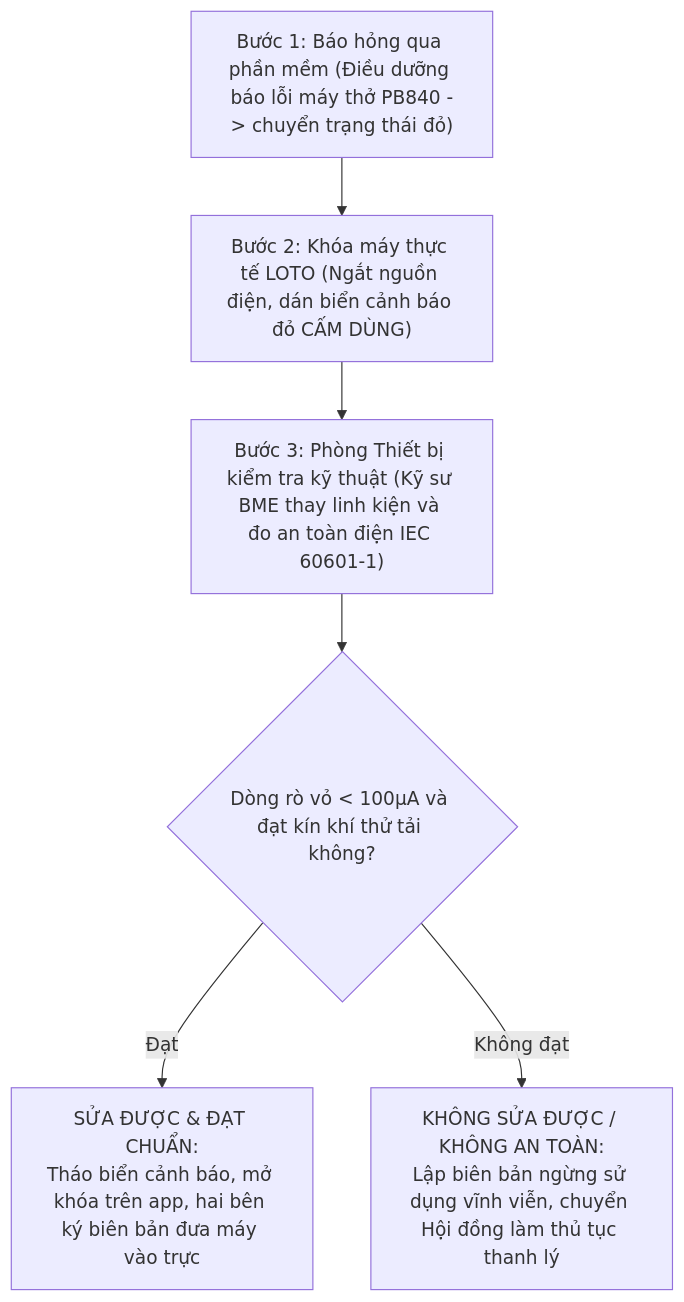
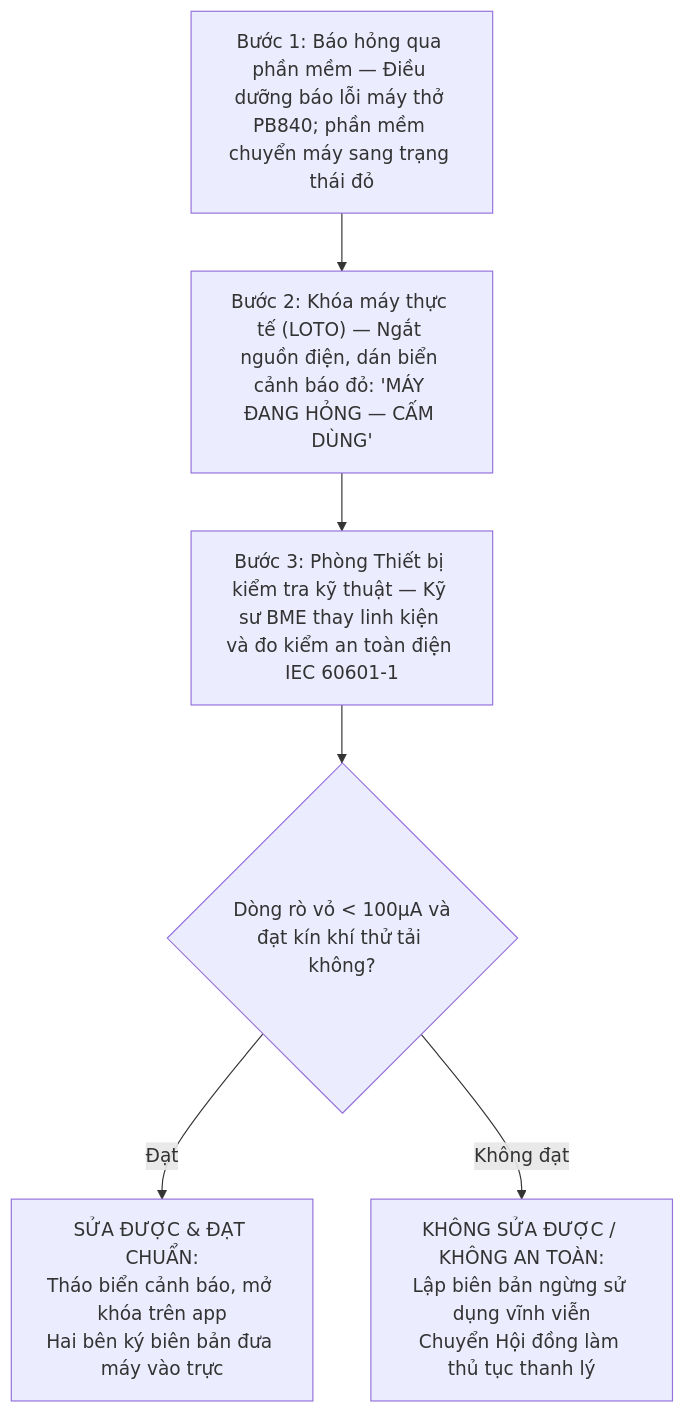
One commit to TontonYuta/clinical-ward changed the second of 3 diagrams in docs/Bao_Cao_Tien_Do_Tuan_3.md. Above: the diagram before and after it, drawn with Mermaid. The commit also changed other lines of this file and 2 other files, not shown here.

````diff
--- a/docs/Bao_Cao_Tien_Do_Tuan_3.md
+++ b/docs/Bao_Cao_Tien_Do_Tuan_3.md
@@ -48,13 +46,13 @@
 ```mermaid
 flowchart TD
-    E1["Bước 1: Báo hỏng qua phần mềm (Điều dưỡng báo lỗi máy thở PB840 -> chuyển trạng thái đỏ)"]
-    E2["Bước 2: Khóa máy thực tế LOTO (Ngắt nguồn điện, dán biển cảnh báo đỏ CẤM DÙNG)"]
-    E3["Bước 3: Phòng Thiết bị kiểm tra kỹ thuật (Kỹ sư BME thay linh kiện và đo an toàn điện IEC 60601-1)"]
-    DEC{"Dòng rò vỏ < 100µA và đạt kín khí thử tải không?"}
-    PASS["SỬA ĐƯỢC & ĐẠT CHUẨN:<br/>Tháo biển cảnh báo, mở khóa trên app, hai bên ký biên bản đưa máy vào trực"]
-    FAIL["KHÔNG SỬA ĐƯỢC / KHÔNG AN TOÀN:<br/>Lập biên bản ngừng sử dụng vĩnh viễn, chuyển Hội đồng làm thủ tục thanh lý"]
+    E1["Bước 1: Báo hỏng qua phần mềm — Điều dưỡng báo lỗi máy thở PB840; phần mềm chuyển máy sang trạng thái đỏ"]
+    E2["Bước 2: Khóa máy thực tế (LOTO) — Ngắt nguồn điện, dán biển cảnh báo đỏ: 'MÁY ĐANG HỎNG — CẤM DÙNG'"]
+    E3["Bước 3: Phòng Thiết bị kiểm tra kỹ thuật — Kỹ sư BME thay linh kiện và đo kiểm an toàn điện IEC 60601-1"]
+    DEC{"Dòng rò vỏ < 100µA và<br/>đạt kín khí thử tải không?"}
+    PASS["SỬA ĐƯỢC & ĐẠT CHUẨN:<br/>Tháo biển cảnh báo, mở khóa trên app<br/>Hai bên ký biên bản đưa máy vào trực"]
+    FAIL["KHÔNG SỬA ĐƯỢC / KHÔNG AN TOÀN:<br/>Lập biên bản ngừng sử dụng vĩnh viễn<br/>Chuyển Hội đồng làm thủ tục thanh lý"]
 
     E1 --> E2 --> E3 --> DEC
     DEC -- "Đạt" --> PASS
     DEC -- "Không đạt" --> FAIL
 ```
````
